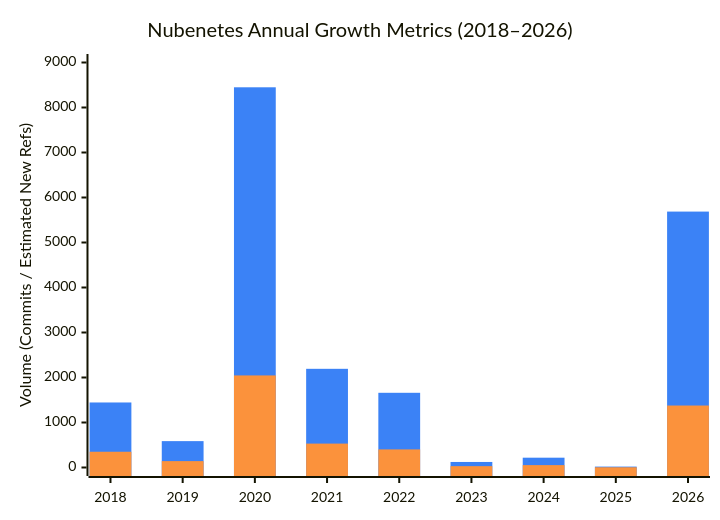
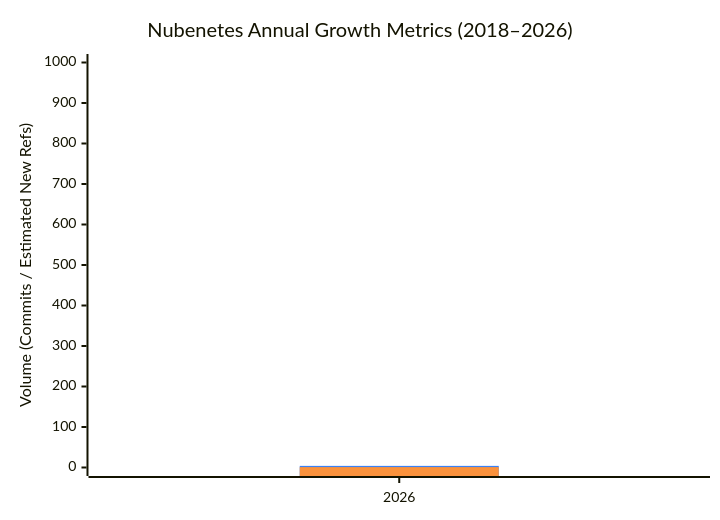
One commit to sec-js/awesome-kubernetes changed the first of 10 diagrams in README.md. Above: the diagram before and after it, drawn with Mermaid. The commit also changed other lines of this file and 3 other files, not shown here.

````diff
--- a/README.md
+++ b/README.md
@@ -184,15 +176,15 @@
 ```mermaid
 ---
 config:
   themeVariables:
     xyChart:
       plotColorPalette: '#3b82f6, #fb923c'
   theme: mc
 ---
 xychart-beta
     title "Nubenetes Annual Growth Metrics (2018–2026)"
-    x-axis ["2018", "2019", "2020", "2021", "2022", "2023", "2024", "2025", "2026"]
-    y-axis "Volume (Commits / Estimated New Refs)" 0 --> 9000
-    bar [1445, 586, 8449, 2193, 1660, 123, 218, 20, 5687]
-    bar [350, 142, 2046, 531, 402, 30, 53, 5, 1377]
+    x-axis ["2026"]
+    y-axis "Volume (Commits / Estimated New Refs)" 0 --> 1000
+    bar [4]
+    bar [1]
 ```
````
